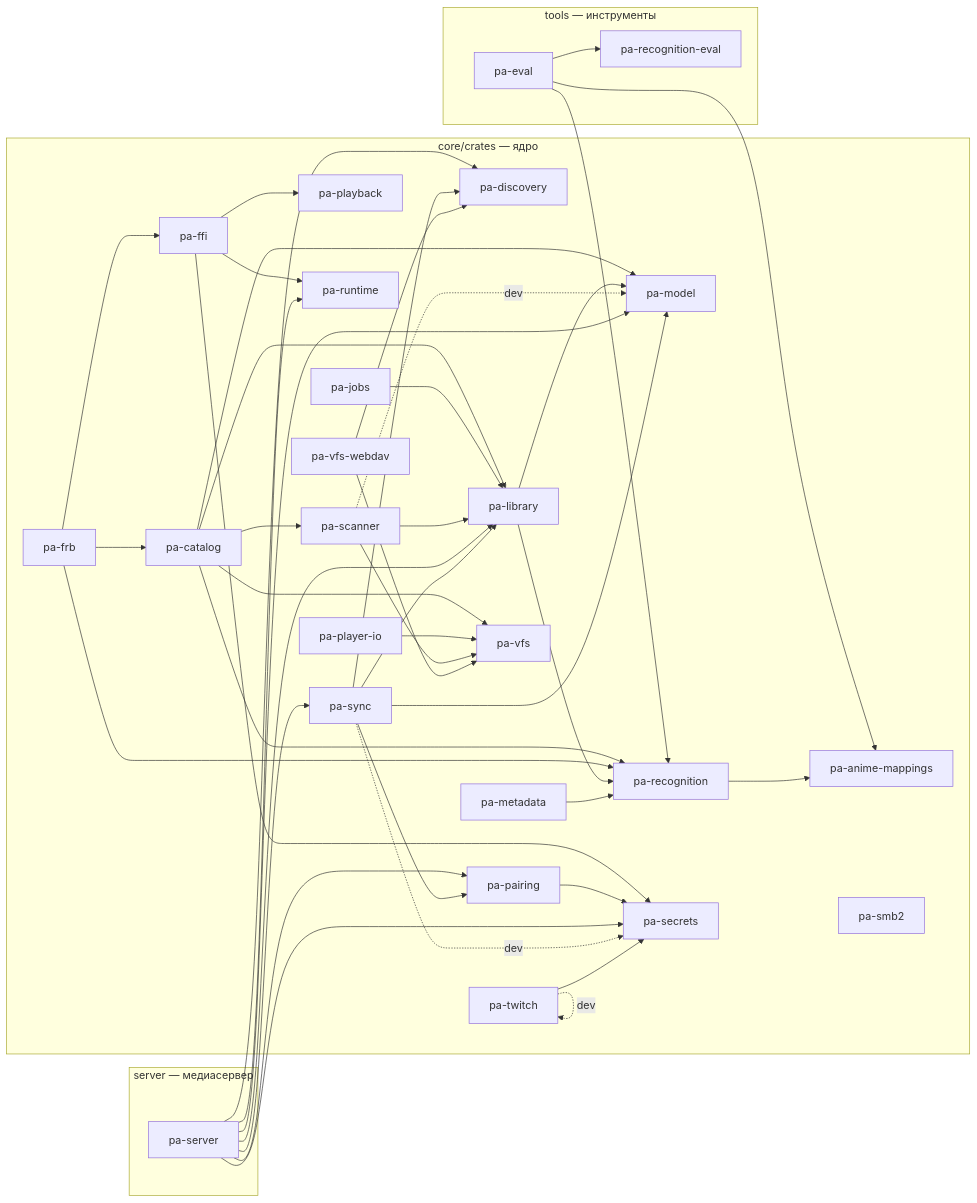
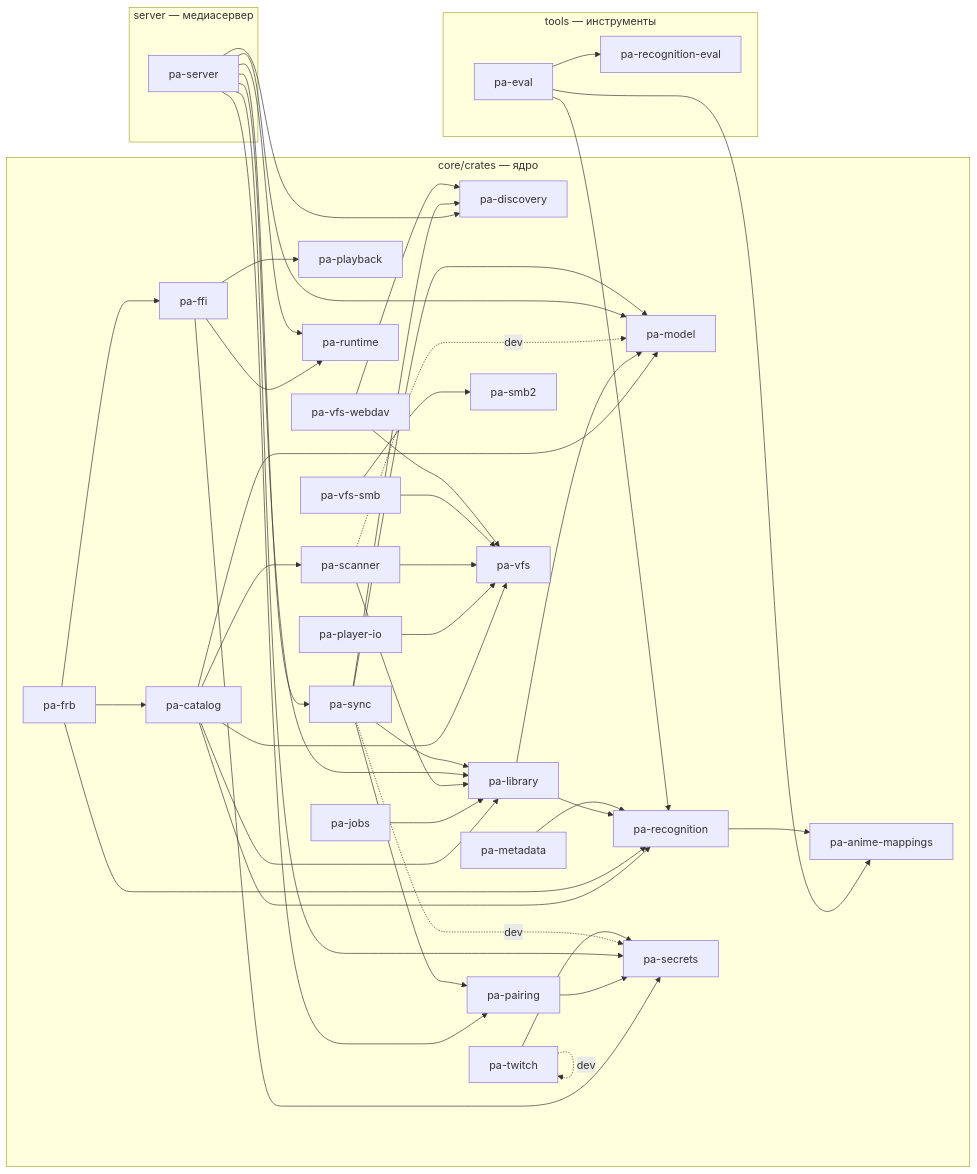
Before and after one commit to DenisHumen/project_alpha: the diagram in docs/dev/crate-graph.md, drawn with Mermaid. The commit also changed other lines of this file and 18 other files, not shown here.

First line of the commit message:
feat(net): SMB2/3 backend for pa-vfs over libsmb2 [NET-003] (#81)

````diff
--- a/docs/dev/crate-graph.md
+++ b/docs/dev/crate-graph.md
@@ -12,73 +12,76 @@
 ```mermaid
 flowchart LR
   subgraph g0["core/crates — ядро"]
     pa_anime_mappings["pa-anime-mappings"]
     pa_catalog["pa-catalog"]
     pa_discovery["pa-discovery"]
     pa_ffi["pa-ffi"]
     pa_frb["pa-frb"]
     pa_jobs["pa-jobs"]
     pa_library["pa-library"]
     pa_metadata["pa-metadata"]
     pa_model["pa-model"]
     pa_pairing["pa-pairing"]
     pa_playback["pa-playback"]
     pa_player_io["pa-player-io"]
     pa_recognition["pa-recognition"]
     pa_runtime["pa-runtime"]
     pa_scanner["pa-scanner"]
     pa_secrets["pa-secrets"]
     pa_smb2["pa-smb2"]
     pa_sync["pa-sync"]
     pa_twitch["pa-twitch"]
     pa_vfs["pa-vfs"]
+    pa_vfs_smb["pa-vfs-smb"]
     pa_vfs_webdav["pa-vfs-webdav"]
   end
   subgraph g1["server — медиасервер"]
     pa_server["pa-server"]
   end
   subgraph g2["tools — инструменты"]
     pa_eval["pa-eval"]
     pa_recognition_eval["pa-recognition-eval"]
   end
   pa_catalog --> pa_library
   pa_catalog --> pa_model
   pa_catalog --> pa_recognition
   pa_catalog --> pa_scanner
   pa_catalog --> pa_vfs
   pa_eval --> pa_anime_mappings
   pa_eval --> pa_recognition
   pa_eval --> pa_recognition_eval
   pa_ffi --> pa_playback
   pa_ffi --> pa_runtime
   pa_ffi --> pa_secrets
   pa_frb --> pa_catalog
   pa_frb --> pa_ffi
   pa_frb --> pa_recognition
   pa_jobs --> pa_library
   pa_library --> pa_model
   pa_library --> pa_recognition
   pa_metadata --> pa_recognition
   pa_pairing --> pa_secrets
   pa_player_io --> pa_vfs
   pa_recognition --> pa_anime_mappings
   pa_scanner --> pa_library
   pa_scanner -. dev .-> pa_model
   pa_scanner --> pa_vfs
   pa_server --> pa_discovery
   pa_server --> pa_library
   pa_server --> pa_model
   pa_server --> pa_pairing
   pa_server --> pa_runtime
   pa_server --> pa_secrets
   pa_server --> pa_sync
   pa_sync --> pa_discovery
   pa_sync --> pa_library
   pa_sync --> pa_model
   pa_sync --> pa_pairing
   pa_sync -. dev .-> pa_secrets
   pa_twitch --> pa_secrets
   pa_twitch -. dev .-> pa_twitch
+  pa_vfs_smb --> pa_smb2
+  pa_vfs_smb --> pa_vfs
   pa_vfs_webdav --> pa_discovery
   pa_vfs_webdav --> pa_vfs
 ```
````
